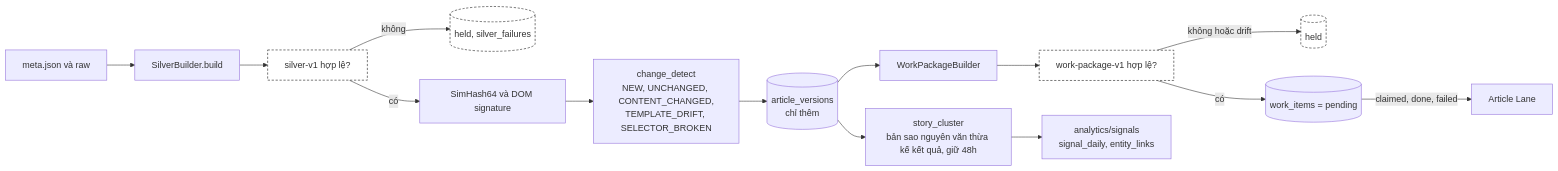
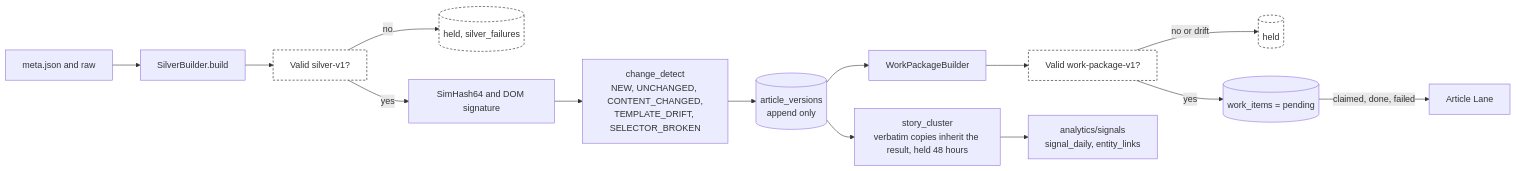
The diagram in project/docs/diagrams/12-l2-silver.mmd (Tuanan172-py/fts-news-scape), drawn with Mermaid before and after one commit. The commit also changed 33 other files, not shown here.

Commit message:
feat: standardize offline workflow diagrams to English, add skills council proposal and wave automation scripts (US-048)

```diff
--- a/project/docs/diagrams/12-l2-silver.mmd
+++ b/project/docs/diagrams/12-l2-silver.mmd
@@ -1,17 +1,17 @@
-%% title: L2 Chuẩn hoá Silver và cụm tin
-%% desc: Từ meta.json tới work_items, kèm change-detection và story cluster.
+%% title: L2 Silver normalization and story clusters
+%% desc: From meta.json to work_items, with change detection and story clustering.
 flowchart LR
-  M["meta.json và raw"] --> SB["SilverBuilder.build"] --> SQ["silver-v1 hợp lệ?"]
-  SQ -->|"không"| H1[("held, silver_failures")]
-  SQ -->|"có"| FP["SimHash64 và DOM signature"] --> CD["change_detect<br/>NEW, UNCHANGED, CONTENT_CHANGED,<br/>TEMPLATE_DRIFT, SELECTOR_BROKEN"]
-  CD --> VER[("article_versions<br/>chỉ thêm")]
-  VER --> PK["WorkPackageBuilder"] --> PQ["work-package-v1 hợp lệ?"]
-  PQ -->|"không hoặc drift"| H2[("held")]
-  PQ -->|"có"| WI[("work_items = pending")]
-  VER --> SCL["story_cluster<br/>bản sao nguyên văn thừa kế kết quả, giữ 48h"]
+  M["meta.json and raw"] --> SB["SilverBuilder.build"] --> SQ["Valid silver-v1?"]
+  SQ -->|"no"| H1[("held, silver_failures")]
+  SQ -->|"yes"| FP["SimHash64 and DOM signature"] --> CD["change_detect<br/>NEW, UNCHANGED, CONTENT_CHANGED,<br/>TEMPLATE_DRIFT, SELECTOR_BROKEN"]
+  CD --> VER[("article_versions<br/>append only")]
+  VER --> PK["WorkPackageBuilder"] --> PQ["Valid work-package-v1?"]
+  PQ -->|"no or drift"| H2[("held")]
+  PQ -->|"yes"| WI[("work_items = pending")]
+  VER --> SCL["story_cluster<br/>verbatim copies inherit the result, held 48 hours"]
   SCL --> SG["analytics/signals<br/>signal_daily, entity_links"]
   WI -->|"claimed, done, failed"| NXT["Article Lane"]
   classDef held fill:#ffffff,stroke:#111111,stroke-dasharray:4 3
   class H1,H2 held
   classDef gate fill:#ffffff,stroke:#111111,stroke-dasharray:4 3
   class PQ,SQ gate
```
